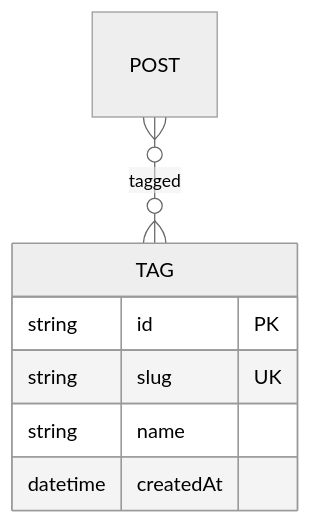
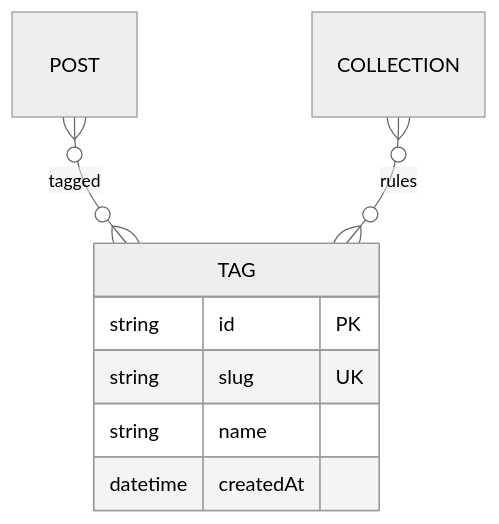
The diagram in design/domain/tag.md (MASKUN2/inhology), drawn with Mermaid (neutral theme) before and after one commit. The commit also changed other lines of this file and 76 other files, not shown here.

````diff
--- a/design/domain/tag.md
+++ b/design/domain/tag.md
@@ -6,11 +7,12 @@
 ```mermaid
 erDiagram
     POST }o--o{ TAG : "tagged"
+    COLLECTION }o--o{ TAG : "rules"
 
     TAG {
         string   id PK
         string   slug UK
         string   name
         datetime createdAt
     }
 ```
````
